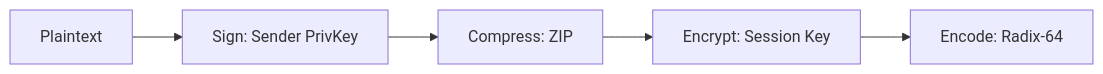
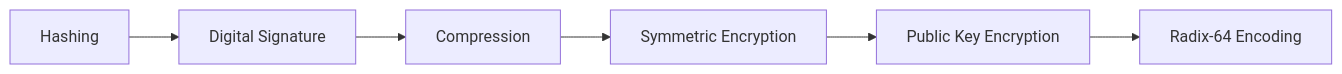
The first of 4 diagrams in 03-Academics/Network_Security/PGP.md (namaewafaisal/Obsidian_Vault), drawn with Mermaid before and after one commit. The commit also changed other lines of this file and 4 other files, not shown here.

````diff
--- a/03-Academics/Network_Security/PGP.md
+++ b/03-Academics/Network_Security/PGP.md
@@ -83,8 +64,8 @@
-```mermaid
-graph LR
-    Plaintext --> Sign[Sign: Sender PrivKey]
-    Sign --> Compress[Compress: ZIP]
-    Compress --> Encrypt[Encrypt: Session Key]
-    Encrypt --> Radix[Encode: Radix-64]
-
+```mermaid id="lnd25h"
+flowchart LR
+    A[Hashing] --> B[Digital Signature]
+    B --> C[Compression]
+    C --> D[Symmetric Encryption]
+    D --> E[Public Key Encryption]
+    E --> F[Radix-64 Encoding]
 ```
````
